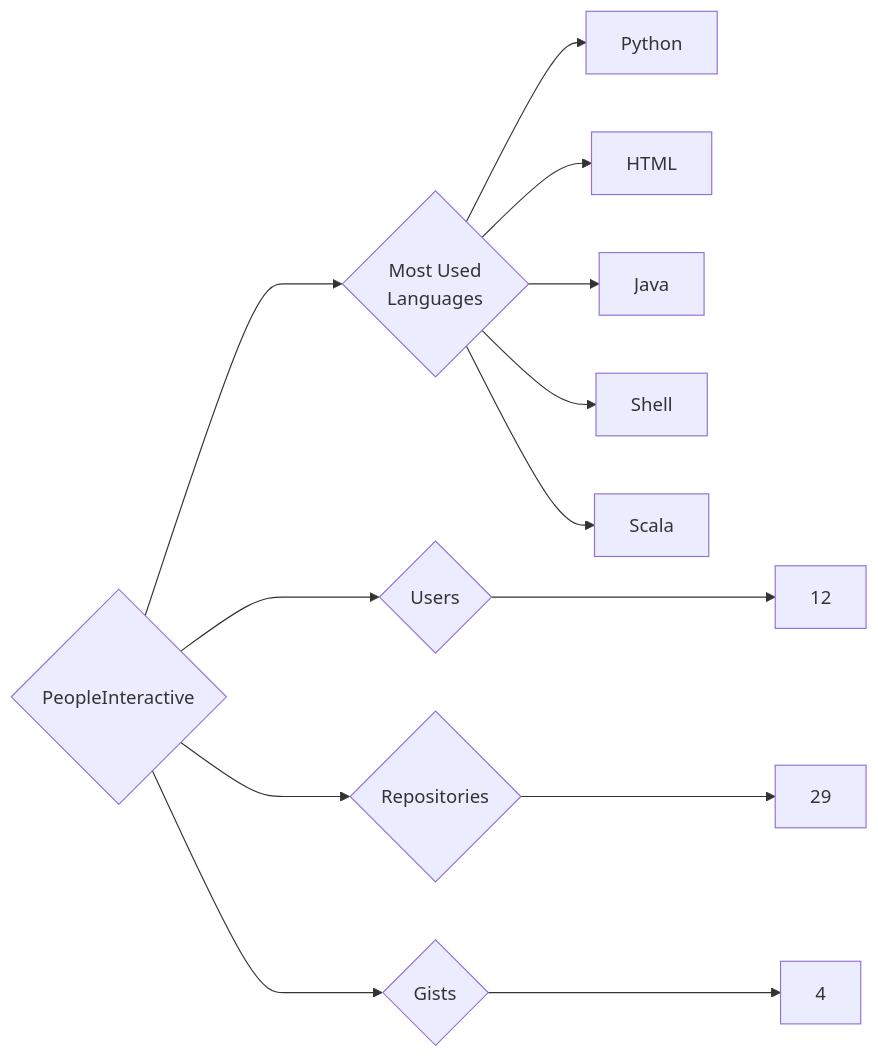
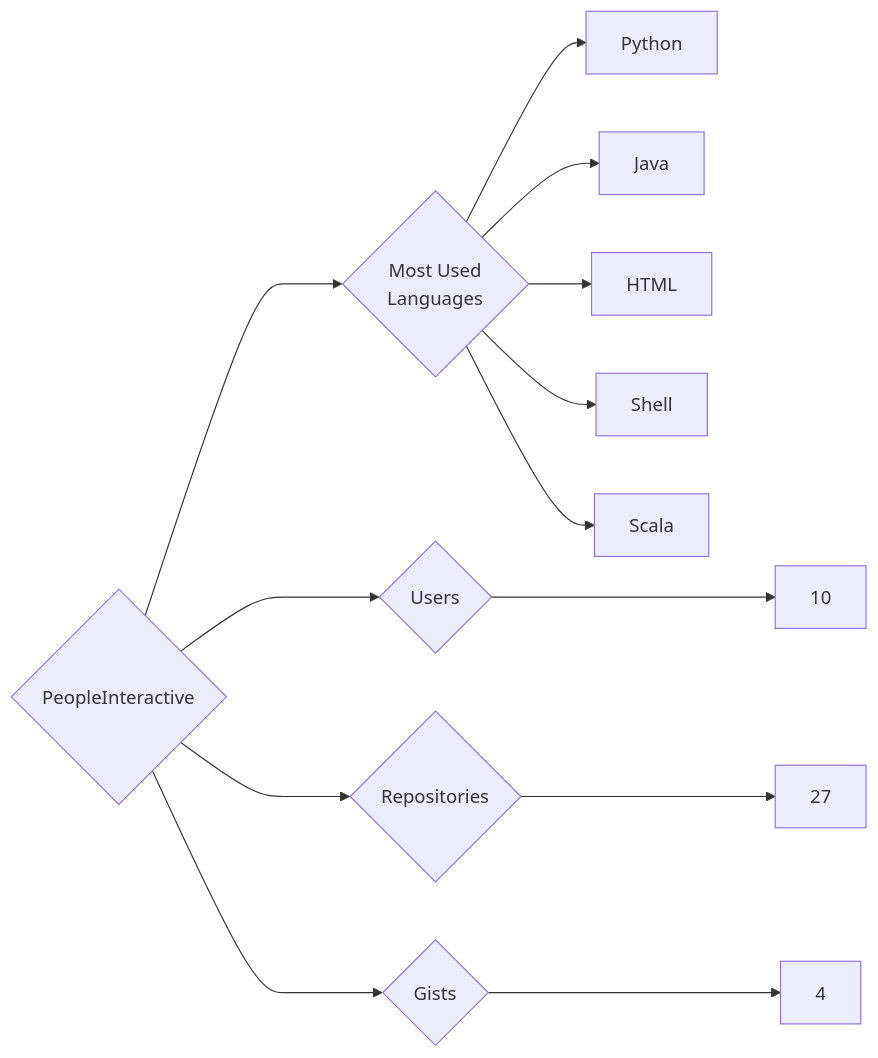
One commit to trickest/insiders changed the diagram in targets/PeopleInteractive/README.md. Above: the diagram before and after it, drawn with Mermaid. The commit also changed 1479 other files, not shown here.

````diff
--- a/targets/PeopleInteractive/README.md
+++ b/targets/PeopleInteractive/README.md
@@ -3,13 +3,13 @@
 ```mermaid
 graph LR
 COMPANY_NAME{PeopleInteractive}
-COMPANY_NAME ---> U{Users} ---> UN[12]
-COMPANY_NAME ---> R{Repositories} ---> RN[29]
+COMPANY_NAME ---> U{Users} ---> UN[10]
+COMPANY_NAME ---> R{Repositories} ---> RN[27]
 COMPANY_NAME ---> G{Gists} ---> GN[4]
 COMPANY_NAME ---> ML{Most Used<br>Languages}
 ML --> Python[Python]
+ML --> Java[Java]
 ML --> HTML[HTML]
-ML --> Java[Java]
 ML --> Shell[Shell]
 ML --> Scala[Scala]
 ```
````
